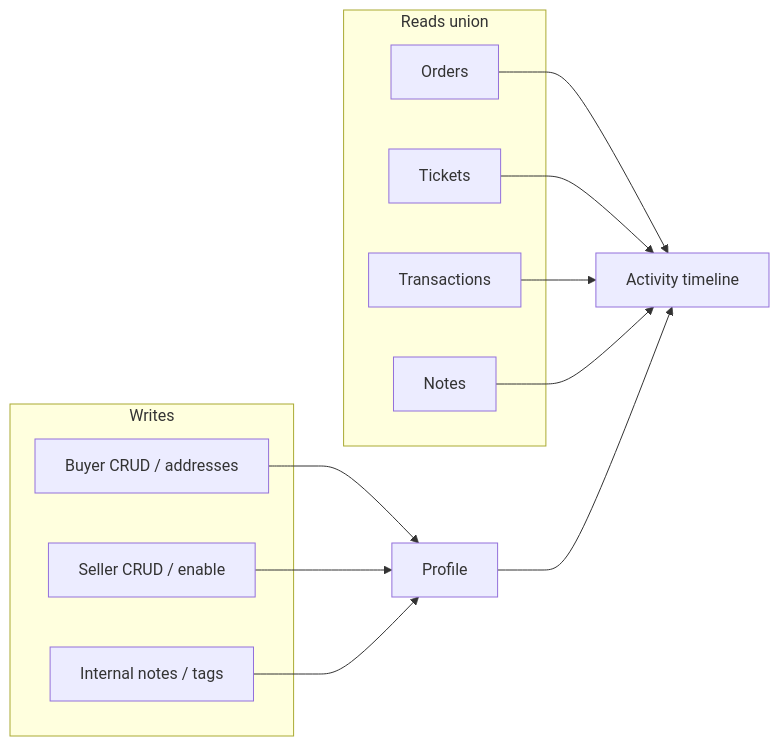
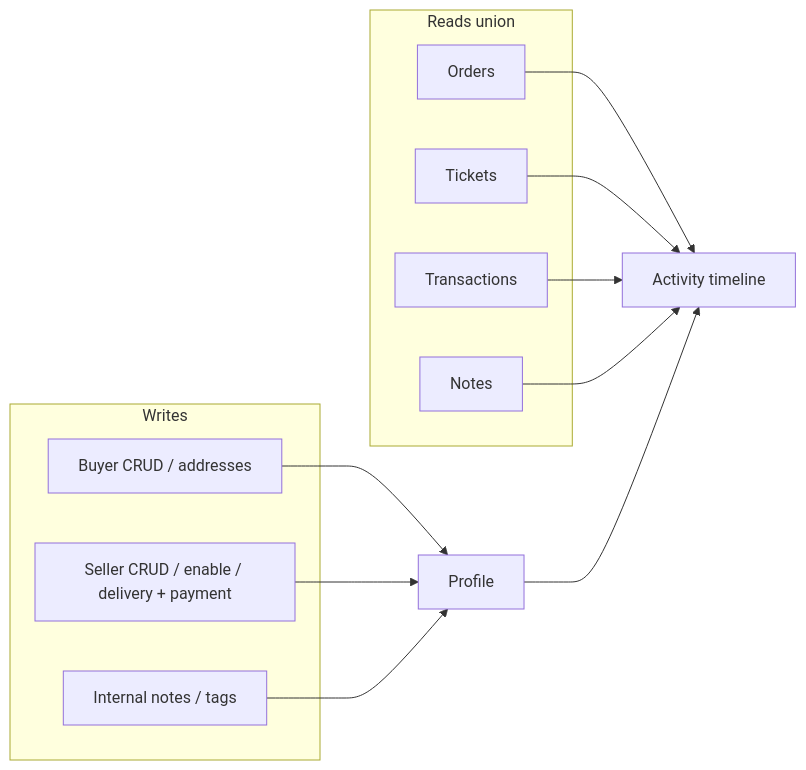
Before and after one commit to nafasebra/order-manager-docs: diagram 11 of 18 in data-flow.md, drawn with Mermaid. The commit also changed other lines of this file and 7 other files, not shown here.

Commit message:
Feat new role and add payment and delivery methods setting

````diff
--- a/data-flow.md
+++ b/data-flow.md
@@ -263,24 +271,24 @@
 ```mermaid
 flowchart LR
   subgraph Writes
     BY[Buyer CRUD / addresses]
-    SL[Seller CRUD / enable]
+    SL[Seller CRUD / enable / delivery + payment]
     NT[Internal notes / tags]
   end
 
   subgraph Reads union
     OR[Orders]
     TK[Tickets]
     TX[Transactions]
     NT2[Notes]
   end
 
   BY --> P[Profile]
   SL --> P
   NT --> P
   OR --> TL[Activity timeline]
   TK --> TL
   TX --> TL
   NT2 --> TL
   P --> TL
 ```
````
